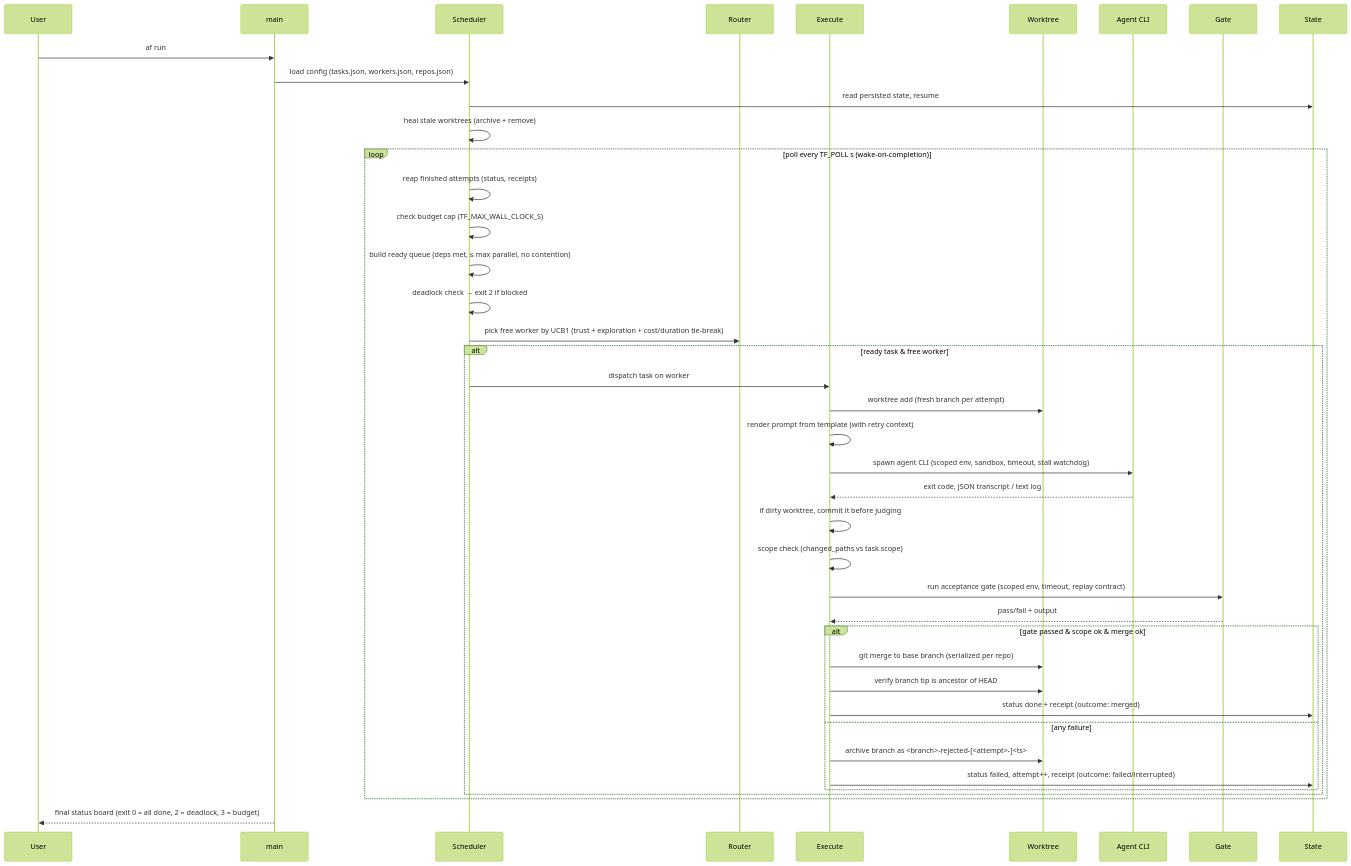
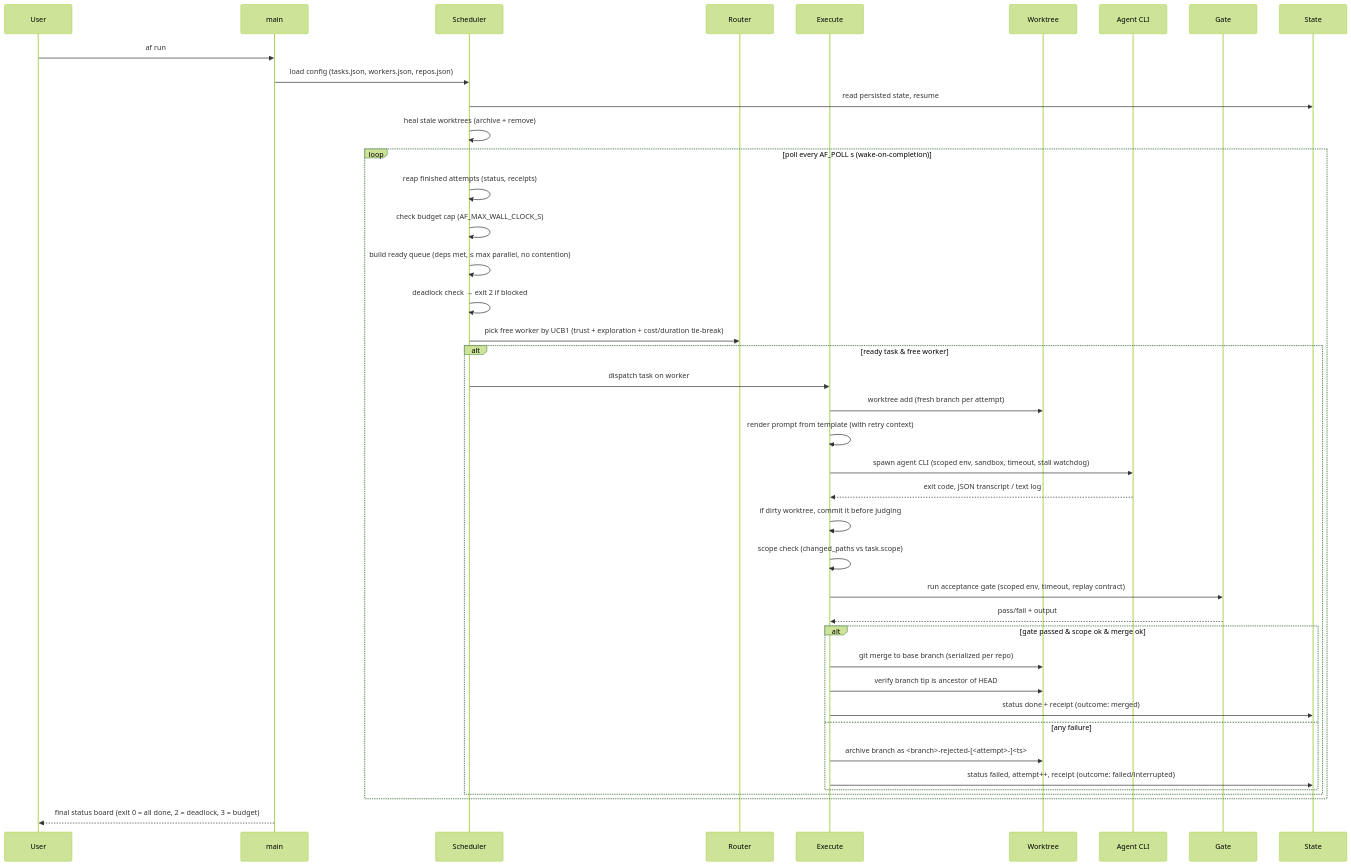
Before and after one commit to tobias-weiss-ai-xr/agentflow: the diagram in docs/arc42/06-runtime-view.md, drawn with Mermaid (forest theme). The commit also changed other lines of this file and 19 other files, not shown here.

````diff
--- a/docs/arc42/06-runtime-view.md
+++ b/docs/arc42/06-runtime-view.md
@@ -5,44 +5,44 @@
 ```mermaid
 sequenceDiagram
   participant U as User
   participant M as main
   participant S as Scheduler
   participant R as Router
   participant E as Execute
   participant WT as Worktree
   participant A as Agent CLI
   participant G as Gate
   participant ST as State
 
   U->>M: af run
   M->>S: load config (tasks.json, workers.json, repos.json)
   S->>ST: read persisted state, resume
   S->>S: heal stale worktrees (archive + remove)
-  loop poll every TF_POLL s (wake-on-completion)
+  loop poll every AF_POLL s (wake-on-completion)
     S->>S: reap finished attempts (status, receipts)
-    S->>S: check budget cap (TF_MAX_WALL_CLOCK_S)
+    S->>S: check budget cap (AF_MAX_WALL_CLOCK_S)
     S->>S: build ready queue (deps met, ≤ max parallel, no contention)
     S->>S: deadlock check → exit 2 if blocked
     S->>R: pick free worker by UCB1 (trust + exploration + cost/duration tie-break)
     alt ready task & free worker
       S->>E: dispatch task on worker
       E->>WT: worktree add (fresh branch per attempt)
       E->>E: render prompt from template (with retry context)
       E->>A: spawn agent CLI (scoped env, sandbox, timeout, stall watchdog)
       A-->>E: exit code, JSON transcript / text log
       E->>E: if dirty worktree, commit it before judging
       E->>E: scope check (changed_paths vs task.scope)
       E->>G: run acceptance gate (scoped env, timeout, replay contract)
       G-->>E: pass/fail + output
       alt gate passed & scope ok & merge ok
         E->>WT: git merge to base branch (serialized per repo)
         E->>WT: verify branch tip is ancestor of HEAD
         E->>ST: status done + receipt (outcome: merged)
       else any failure
         E->>WT: archive branch as <branch>-rejected-[<attempt>-]<ts>
         E->>ST: status failed, attempt++, receipt (outcome: failed/interrupted)
       end
     end
   end
   M-->>U: final status board (exit 0 = all done, 2 = deadlock, 3 = budget)
 ```
````
